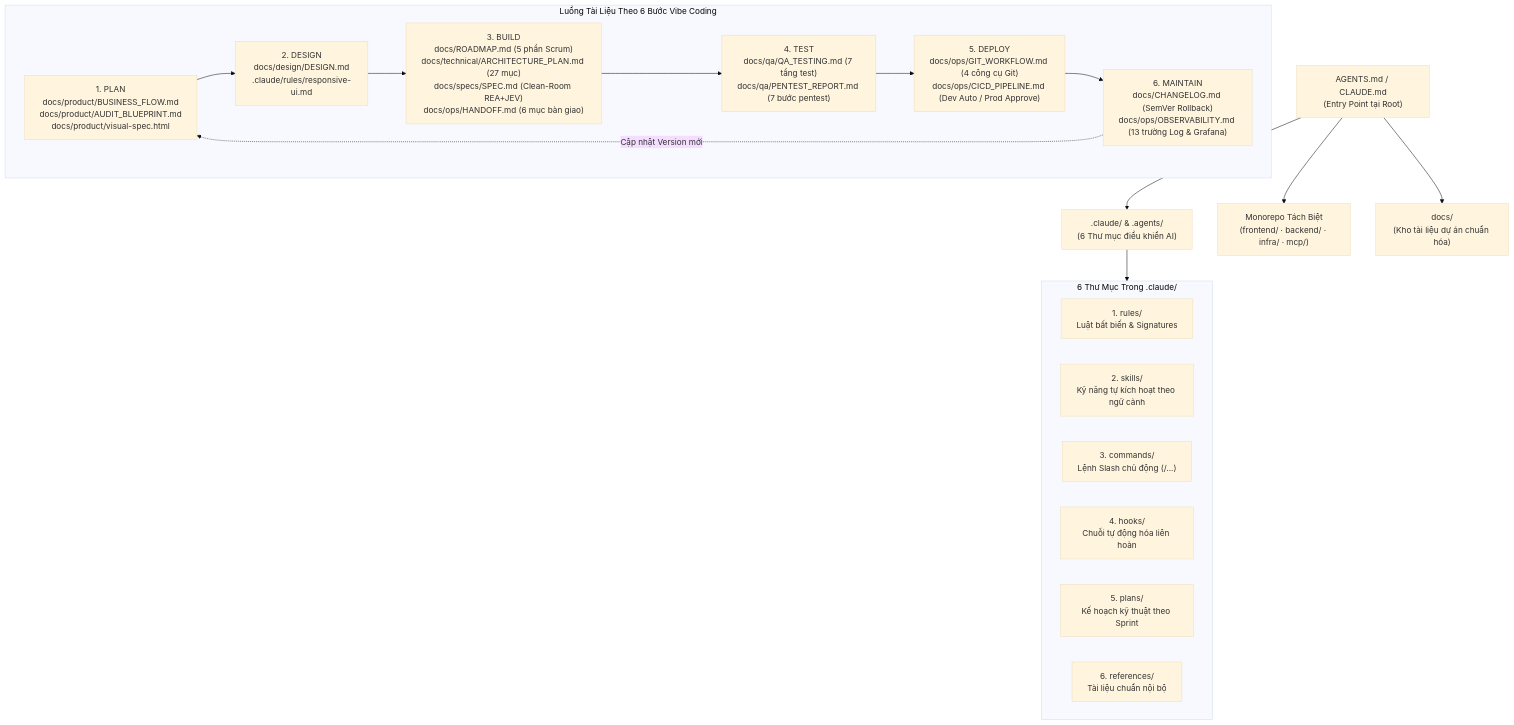
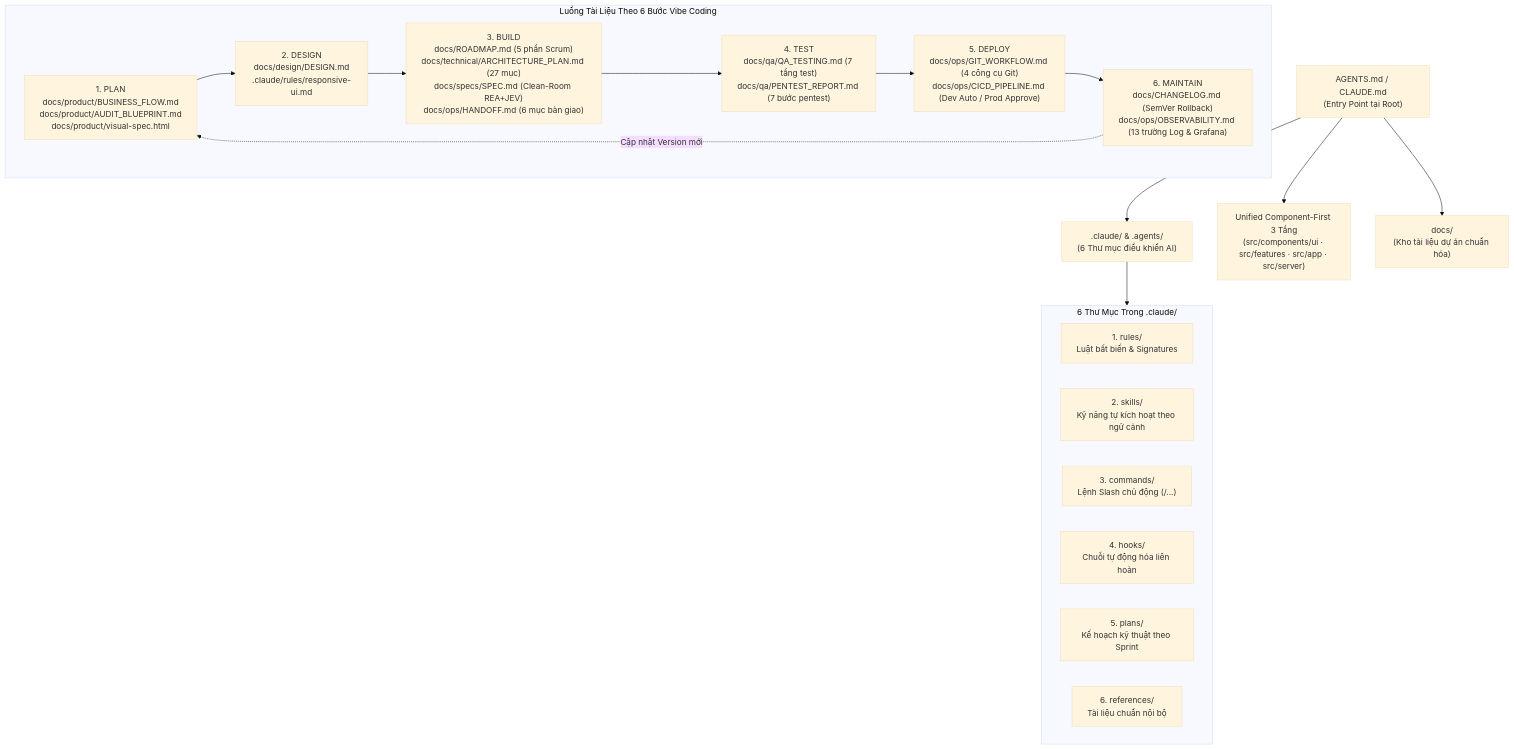
One commit to huy293/AI-CODING-TEMPLATE changed the diagram in README.md. Above: the diagram before and after it, drawn with Mermaid (base theme). The commit also changed other lines of this file and 16 other files, not shown here.

Commit message:
refactor(structure): replace fragmented monorepo with Unified Component-First 3-Tier src/ architecture

````diff
--- a/README.md
+++ b/README.md
@@ -22,29 +22,29 @@
 ```mermaid
 flowchart TD
     Entry["AGENTS.md / CLAUDE.md<br/>(Entry Point tại Root)"] --> Brain[".claude/ & .agents/<br/>(6 Thư mục điều khiển AI)"]
-    Entry --> Codebase["Monorepo Tách Biệt<br/>(frontend/ · backend/ · infra/ · mcp/)"]
+    Entry --> Codebase["Unified Component-First 3 Tầng<br/>(src/components/ui · src/features · src/app · src/server)"]
     Entry --> Docs["docs/<br/>(Kho tài liệu dự án chuẩn hóa)"]
 
     subgraph SixFolders ["6 Thư Mục Trong .claude/"]
         R["1. rules/<br/>Luật bất biến & Signatures"]
         S["2. skills/<br/>Kỹ năng tự kích hoạt theo ngữ cảnh"]
         C["3. commands/<br/>Lệnh Slash chủ động (/...)"]
         H["4. hooks/<br/>Chuỗi tự động hóa liên hoàn"]
         P["5. plans/<br/>Kế hoạch kỹ thuật theo Sprint"]
         Ref["6. references/<br/>Tài liệu chuẩn nội bộ"]
     end
 
     Brain --> SixFolders
 
     subgraph Lifecycle ["Luồng Tài Liệu Theo 6 Bước Vibe Coding"]
         S1["1. PLAN<br/>docs/product/BUSINESS_FLOW.md<br/>docs/product/AUDIT_BLUEPRINT.md<br/>docs/product/visual-spec.html"]
         S2["2. DESIGN<br/>docs/design/DESIGN.md<br/>.claude/rules/responsive-ui.md"]
         S3["3. BUILD<br/>docs/ROADMAP.md (5 phần Scrum)<br/>docs/technical/ARCHITECTURE_PLAN.md (27 mục)<br/>docs/specs/SPEC.md (Clean-Room REA+JEV)<br/>docs/ops/HANDOFF.md (6 mục bàn giao)"]
         S4["4. TEST<br/>docs/qa/QA_TESTING.md (7 tầng test)<br/>docs/qa/PENTEST_REPORT.md (7 bước pentest)"]
         S5["5. DEPLOY<br/>docs/ops/GIT_WORKFLOW.md (4 công cụ Git)<br/>docs/ops/CICD_PIPELINE.md (Dev Auto / Prod Approve)"]
         S6["6. MAINTAIN<br/>docs/CHANGELOG.md (SemVer Rollback)<br/>docs/ops/OBSERVABILITY.md (13 trường Log & Grafana)"]
     end
 
     S1 --> S2 --> S3 --> S4 --> S5 --> S6
     S6 -. "Cập nhật Version mới" .-> S1
 ```
````
